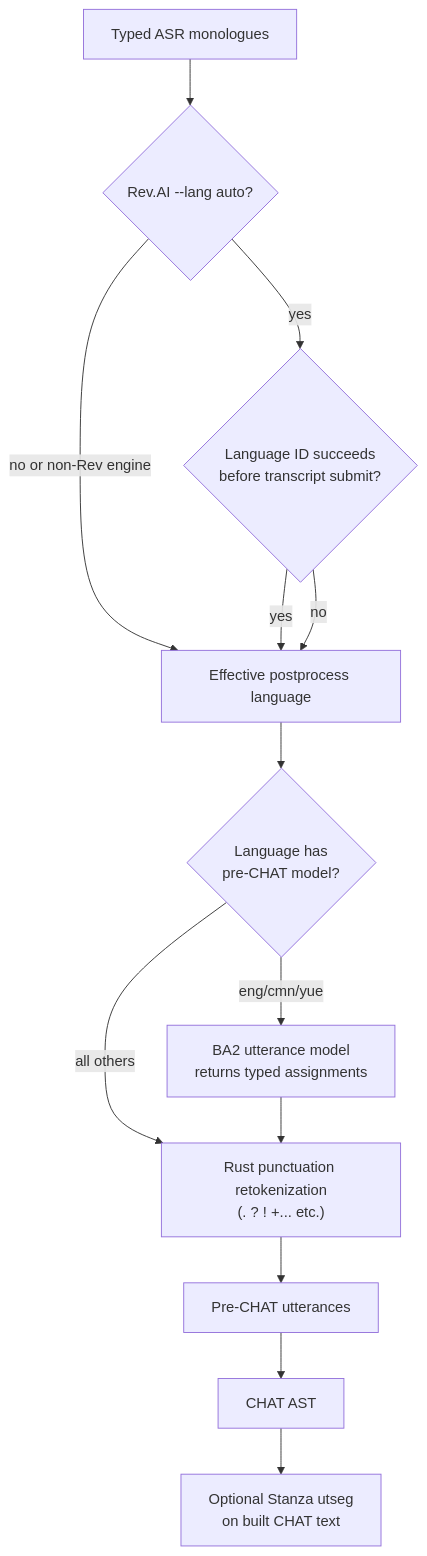
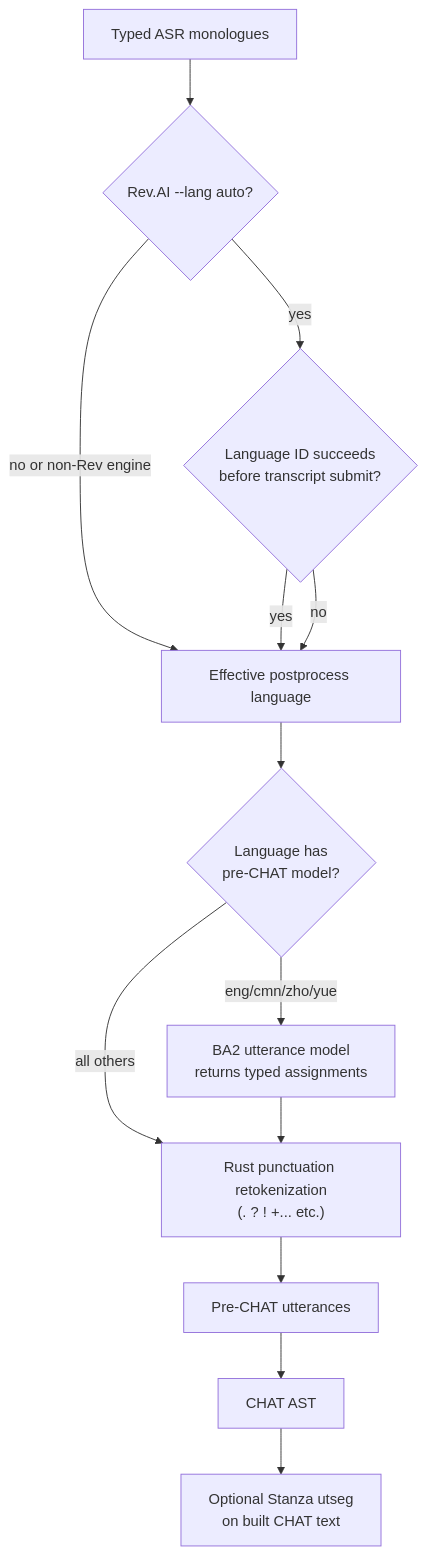
Before and after one commit to TalkBank/talkbank-tools: the diagram in book/src/batchalign/reference/utterance-segmentation.md, drawn with Mermaid. The commit also changed other lines of this file and 205 other files, not shown here.

````diff
--- a/book/src/batchalign/reference/utterance-segmentation.md
+++ b/book/src/batchalign/reference/utterance-segmentation.md
@@ -36,26 +37,26 @@
 ```mermaid
 flowchart TD
     asr["Typed ASR monologues"]
     revauto{"Rev.AI --lang auto?"}
     langid{"Language ID succeeds\nbefore transcript submit?"}
     efflang["Effective postprocess language"]
     check{"Language has\npre-CHAT model?"}
     bert["BA2 utterance model\nreturns typed assignments"]
     punct["Rust punctuation retokenization\n(. ? ! +... etc.)"]
     utts["Pre-CHAT utterances"]
     chat["CHAT AST"]
     stanza["Optional Stanza utseg\non built CHAT text"]
 
     asr --> revauto
     revauto -->|no or non-Rev engine| efflang
     revauto -->|yes| langid
     langid -->|yes| efflang
     langid -->|no| efflang
     efflang --> check
-    check -->|eng/cmn/yue| bert
+    check -->|eng/cmn/zho/yue| bert
     check -->|all others| punct
     bert --> punct
     punct --> utts
     utts --> chat
     chat --> stanza
 ```
````
